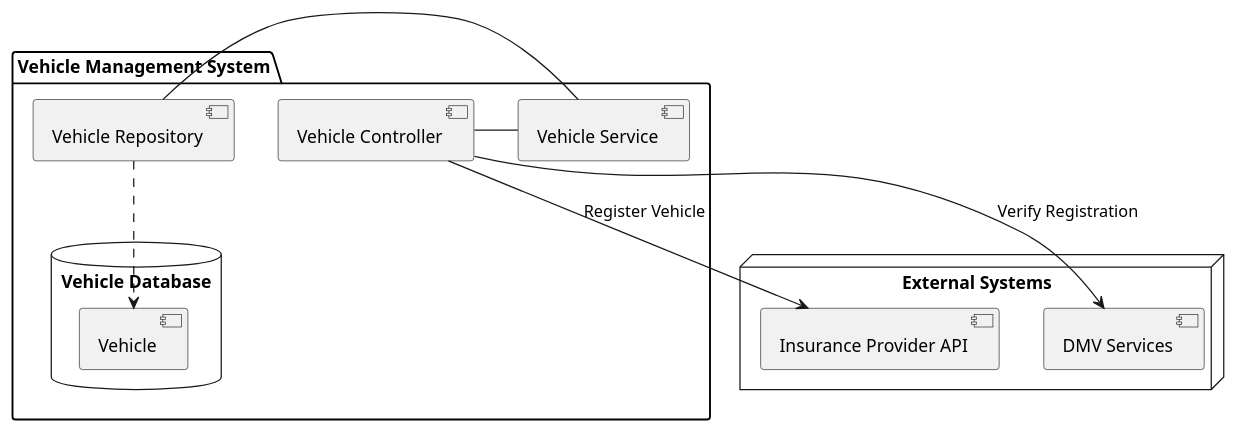
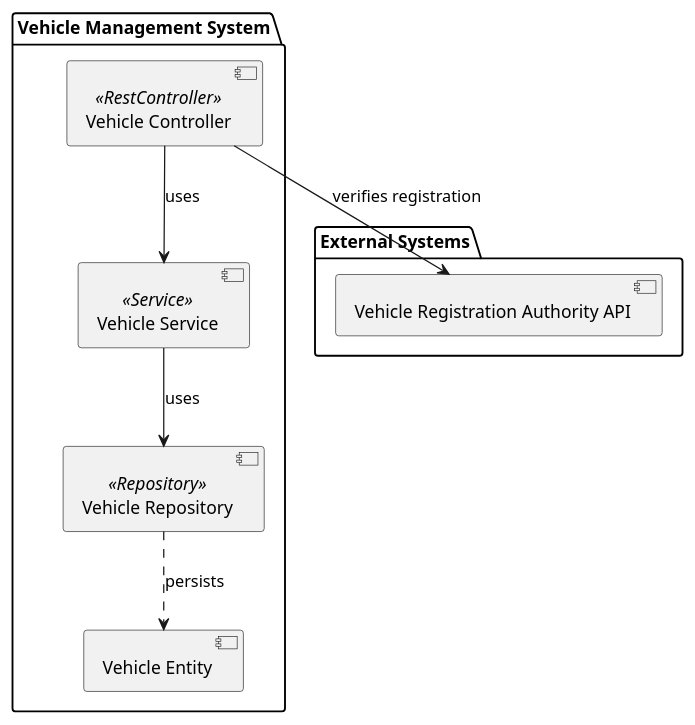
Before and after one commit to Dinesh-s95/AutoDoc.ai: the first of 2 diagrams in vehiclemanagement/documentation/architecturedesign.adoc, drawn with PlantUML. The commit also changed other lines of this file and 11 other files, not shown here.

```diff
--- a/vehiclemanagement/documentation/architecturedesign.adoc
+++ b/vehiclemanagement/documentation/architecturedesign.adoc
@@ -19,23 +13,23 @@
-[plantuml, "high_level_architecture", png]
-....
+[plantuml, "system-architecture", png]
+----
 @startuml
 skinparam componentStyle uml2
 
 package "Vehicle Management System" {
-    [Vehicle Controller] - [Vehicle Service]
-    [Vehicle Service] - [Vehicle Repository]
-    database "Vehicle Database" {
-        [Vehicle Repository] ..> [Vehicle]
-    }
+  [Vehicle Controller] <<RestController>>
+  [Vehicle Service] <<Service>>
+  [Vehicle Repository] <<Repository>>
+  [Vehicle Entity]
+
+  [Vehicle Controller] --> [Vehicle Service] : uses
+  [Vehicle Service] --> [Vehicle Repository] : uses
+  [Vehicle Repository] ..> [Vehicle Entity] : persists
 }
 
-node "External Systems" {
-    [DMV Services]
-    [Insurance Provider API]
+package "External Systems" {
+  [Vehicle Registration Authority API]
 }
 
-[Vehicle Controller] --> [DMV Services] : Verify Registration
-[Vehicle Controller] --> [Insurance Provider API] : Register Vehicle
-
+[Vehicle Controller] --> [Vehicle Registration Authority API] : verifies registration
 @enduml
-....
+----
```
